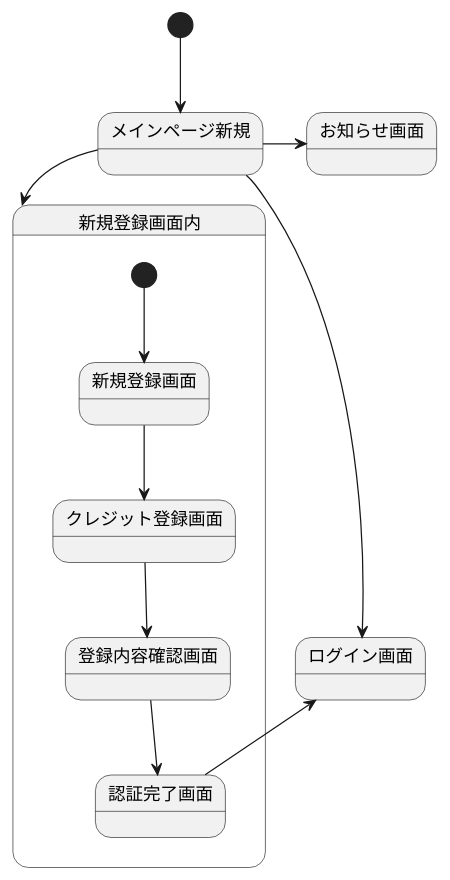
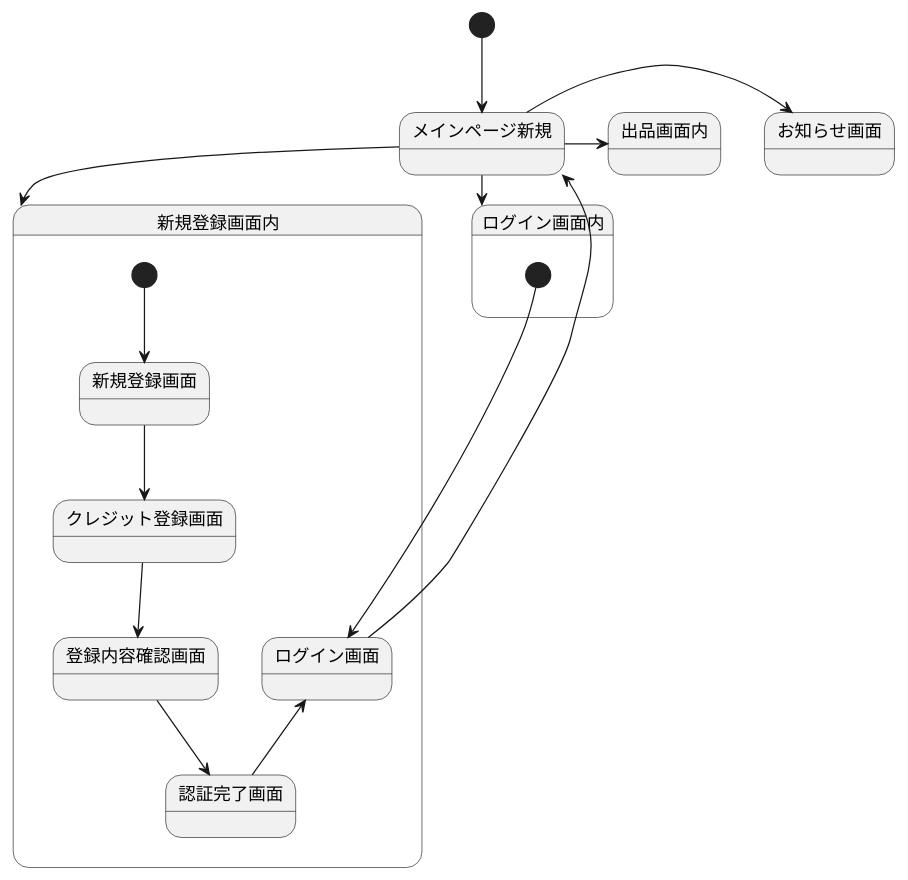
Before and after one commit to Aso2001147/2021SystemDesign: the diagram in 画面遷移図.md, drawn with PlantUML.

````diff
--- a/画面遷移図.md
+++ b/画面遷移図.md
@@ -1,19 +1,24 @@
 ```uml
 @startuml
 [*] --> メインページ新規
 メインページ新規 -> お知らせ画面
-メインページ新規 -> ログイン画面
+メインページ新規 --> ログイン画面内
 メインページ新規 --> 新規登録画面内
+メインページ新規 -> 出品画面内
 
 state 新規登録画面内{
 [*] --> 新規登録画面
 新規登録画面 -down-> クレジット登録画面
 クレジット登録画面 -down-> 登録内容確認画面
 登録内容確認画面 -down-> 認証完了画面
 認証完了画面 -up-> ログイン画面
 }
 
+state ログイン画面内{
+[*] -down-> ログイン画面
+ログイン画面 -up-> メインページ新規
+}
 
 
 @enduml
 ```
````
